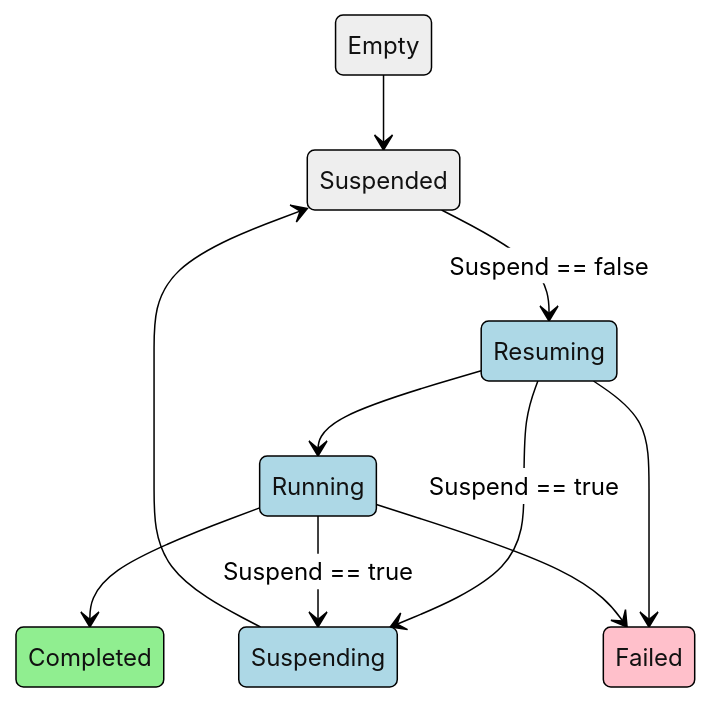
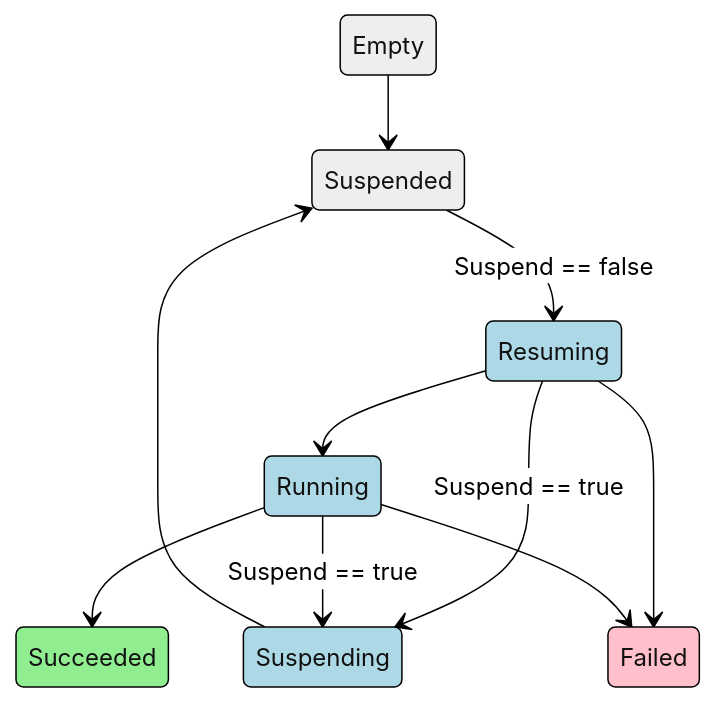
The diagram in docs/state-diagram.md (project-codeflare/appwrapper), drawn with Mermaid (neutral theme) before and after one commit. The commit also changed other lines of this file and 4 other files, not shown here.

````diff
--- a/docs/state-diagram.md
+++ b/docs/state-diagram.md
@@ -16,37 +19,37 @@
 ```mermaid
 stateDiagram-v2
     e : Empty
 
     sd : Suspended
     rs : Resuming
     rn : Running
     sg : Suspending
-    c  : Completed
+    s  : Succeeded
     f  : Failed
 
     %% Happy Path
     e --> sd
     sd --> rs : Suspend == false
     rs --> rn
-    rn --> c
+    rn --> s
 
     %% Requeuing
     rs --> sg : Suspend == true
     rn --> sg : Suspend == true
     sg --> sd
 
     %% Failures
     rs --> f
     rn --> f
 
     classDef quota fill:lightblue
     class rs quota
     class rn quota
     class sg quota
 
     classDef failed fill:pink
     class f failed
 
     classDef succeeded fill:lightgreen
-    class c succeeded
+    class s succeeded
 ```
````
